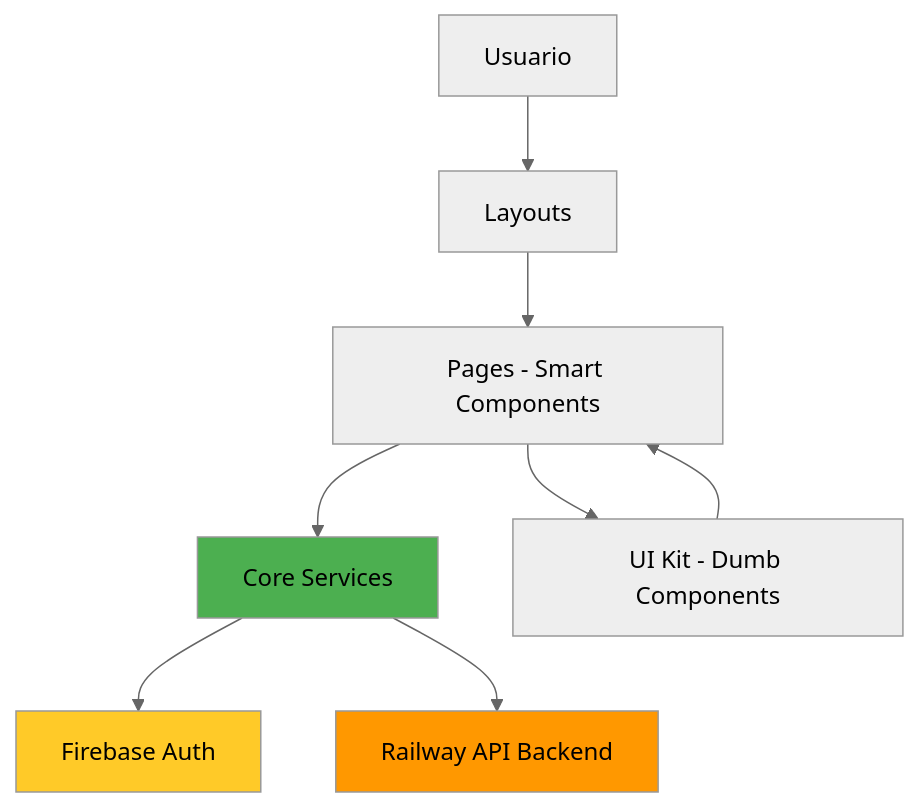
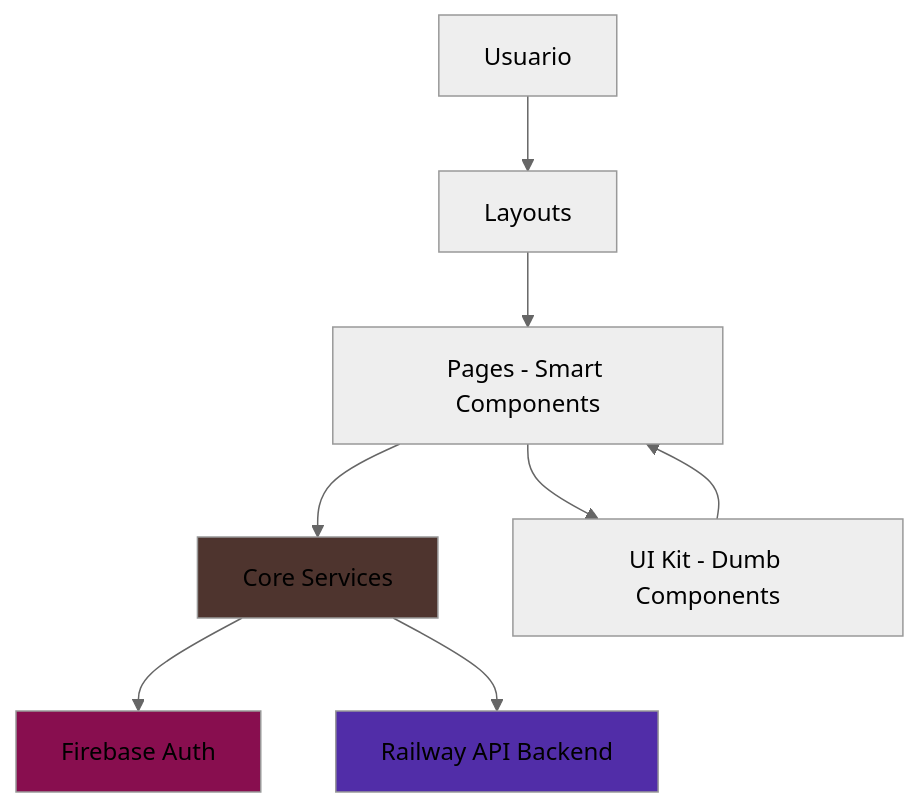
The diagram in estructura.md (yaquitadeveloper/Practica-readme), drawn with Mermaid (neutral theme) before and after one commit.

Commit message:
Change styles for nodes in estructura.md
Updated styles for nodes D, G, and F in estructura.md.

````diff
--- a/estructura.md
+++ b/estructura.md
@@ -368,14 +368,14 @@
 ```mermaid
 graph TB
     A[Usuario] --> B[Layouts]
     B --> C[Pages - Smart Components]
     C --> D[Core Services]
     C --> E[UI Kit - Dumb Components]
     D --> F[Firebase Auth]
     D --> G[Railway API Backend]
     E --> C
     
-    style D fill:#4CAF50
-    style G fill:#FF9800
-    style F fill:#FFCA28
+    style D fill:#4E342E
+    style G fill:#512DA8
+    style F fill:#880E4F
 ```
````
